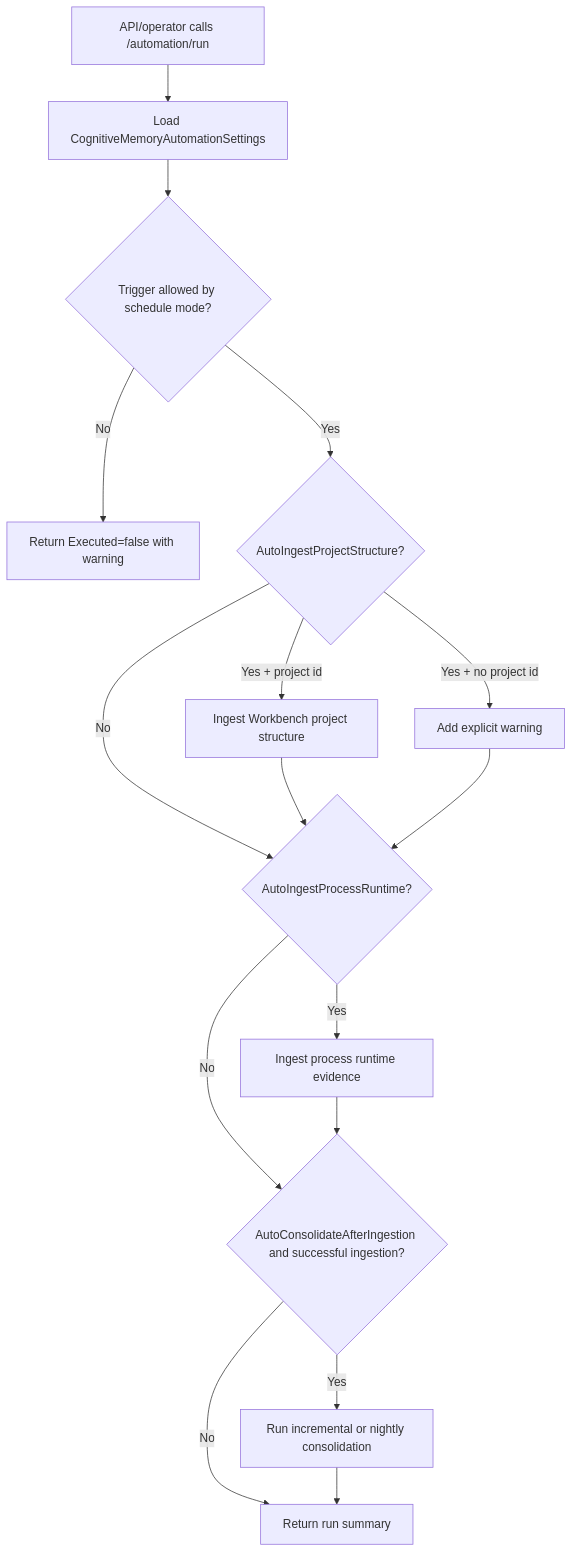
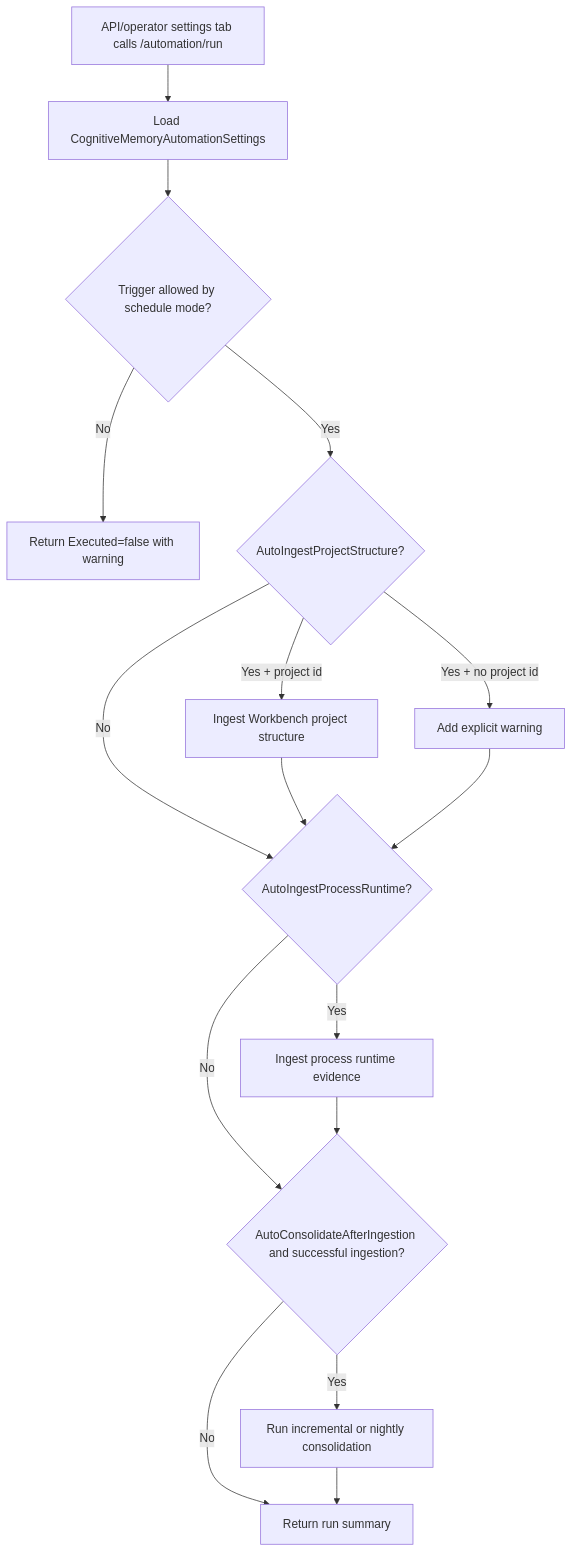
One commit to fyziktom/CanDoItAll changed the fourth of 6 diagrams in docs/cognitive-memory/architecture/runtime-flows.md. Above: the diagram before and after it, drawn with Mermaid. The commit also changed other lines of this file and 49 other files, not shown here.

````diff
--- a/docs/cognitive-memory/architecture/runtime-flows.md
+++ b/docs/cognitive-memory/architecture/runtime-flows.md
@@ -102,18 +102,18 @@
 ```mermaid
 flowchart TD
-    Caller["API/operator calls /automation/run"] --> Settings["Load CognitiveMemoryAutomationSettings"]
+    Caller["API/operator settings tab calls /automation/run"] --> Settings["Load CognitiveMemoryAutomationSettings"]
     Settings --> Trigger{"Trigger allowed by schedule mode?"}
     Trigger -- "No" --> Skipped["Return Executed=false with warning"]
     Trigger -- "Yes" --> ProjectIngest{"AutoIngestProjectStructure?"}
     ProjectIngest -- "Yes + project id" --> Workbench["Ingest Workbench project structure"]
     ProjectIngest -- "Yes + no project id" --> Warning["Add explicit warning"]
     ProjectIngest -- "No" --> ProcessCheck{"AutoIngestProcessRuntime?"}
     Workbench --> ProcessCheck
     Warning --> ProcessCheck
     ProcessCheck -- "Yes" --> Process["Ingest process runtime evidence"]
     ProcessCheck -- "No" --> ConsolidateCheck{"AutoConsolidateAfterIngestion and successful ingestion?"}
     Process --> ConsolidateCheck
     ConsolidateCheck -- "Yes" --> Consolidation["Run incremental or nightly consolidation"]
     ConsolidateCheck -- "No" --> Result["Return run summary"]
     Consolidation --> Result
 ```
````
